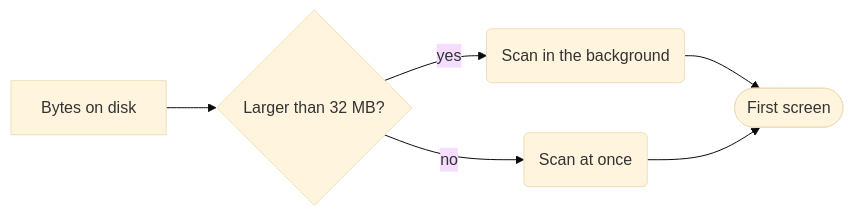
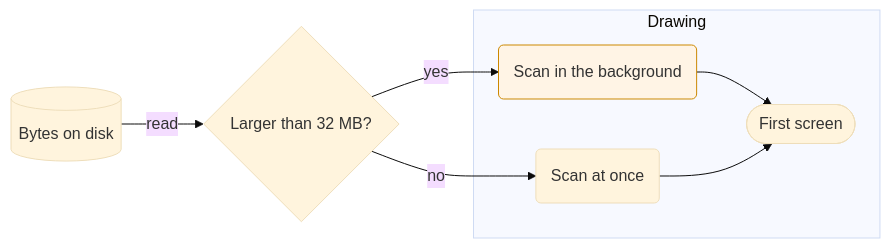
One commit to korchasa/markio-macos-markdown-preview changed the first of 2 diagrams in test-fixtures/demo.md. Above: the diagram before and after it, drawn with Mermaid (base theme). The commit also changed other lines of this file and 7 other files, not shown here.

First line of the commit message:
feat: draw the rest of Mermaid's flowcharts and sequence diagrams

````diff
--- a/test-fixtures/demo.md
+++ b/test-fixtures/demo.md
@@ -124,8 +124,11 @@
 ```mermaid
 flowchart LR
-    Source[Bytes on disk] --> Scan{Larger than 32 MB?}
-    Scan -->|yes| Background(Scan in the background)
+    classDef slow fill:#fff4e5,stroke:#c80
+    Source[(Bytes on disk)] -- read --> Scan{Larger than 32 MB?}
+    Scan -->|yes| Background(Scan in the background):::slow
     Scan -->|no| Once(Scan at once)
-    Background --> Screen([First screen])
-    Once --> Screen
+    subgraph Drawing
+        Background --> Screen([First screen])
+        Once --> Screen
+    end
 ```
````
